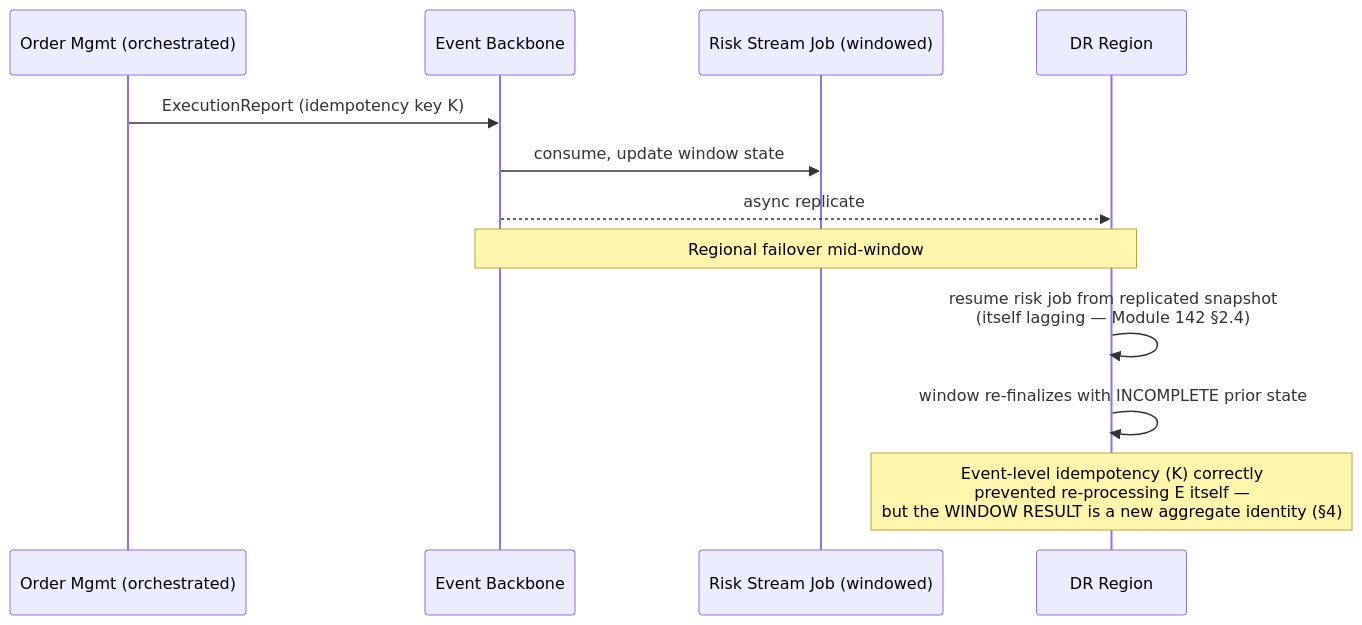
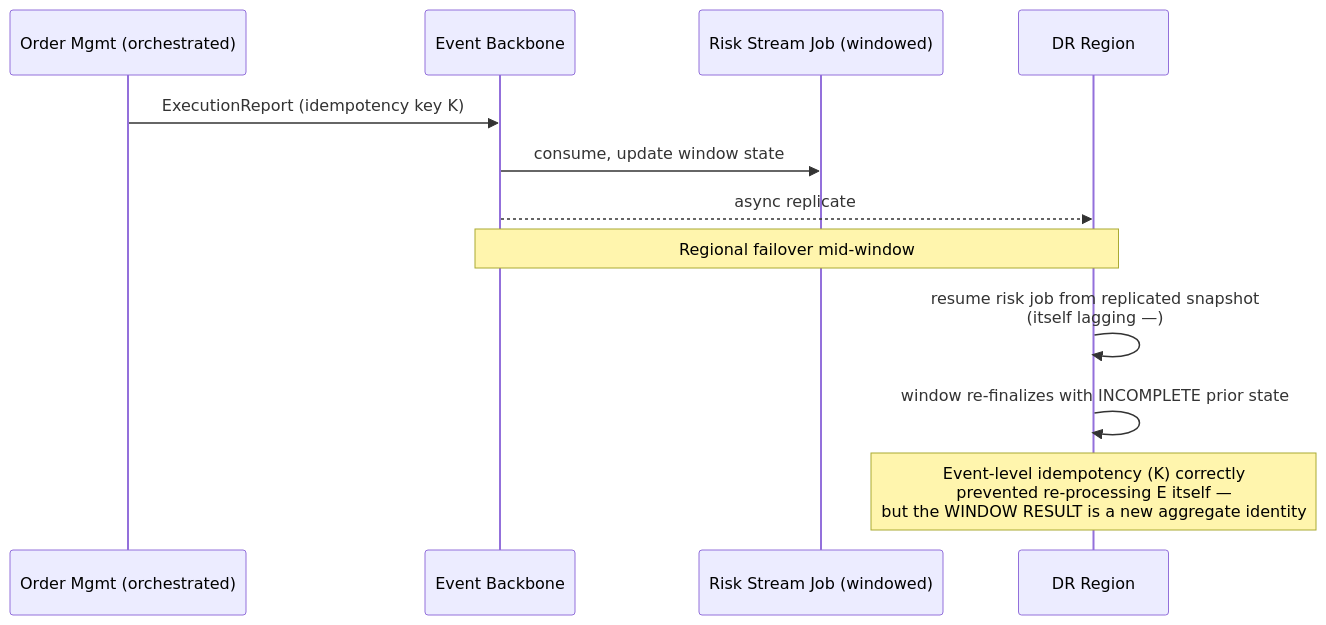
One commit to umashankarp/InterviewQuestions changed the second of 4 diagrams in 18-Event-Driven-Architecture/08-Capstone-FirmWide-Event-Backbone-OrderCapture-To-RegulatoryReporting.md. Above: the diagram before and after it, drawn with Mermaid. The commit also changed other lines of this file and 173 other files, not shown here.

````diff
--- a/18-Event-Driven-Architecture/08-Capstone-FirmWide-Event-Backbone-OrderCapture-To-RegulatoryReporting.md
+++ b/18-Event-Driven-Architecture/08-Capstone-FirmWide-Event-Backbone-OrderCapture-To-RegulatoryReporting.md
@@ -90,15 +90,15 @@
 ```mermaid
 sequenceDiagram
-    participant OMS as Order Mgmt (orchestrated)
-    participant BB as Event Backbone
-    participant Risk as Risk Stream Job (windowed)
-    participant DR as DR Region
+ participant OMS as Order Mgmt (orchestrated)
+ participant BB as Event Backbone
+ participant Risk as Risk Stream Job (windowed)
+ participant DR as DR Region
 
-    OMS->>BB: ExecutionReport (idempotency key K)
-    BB->>Risk: consume, update window state
-    BB-->>DR: async replicate
-    Note over BB,DR: Regional failover mid-window
-    DR->>DR: resume risk job from replicated snapshot<br/>(itself lagging — Module 142 §2.4)
-    DR->>DR: window re-finalizes with INCOMPLETE prior state
-    Note over DR: Event-level idempotency (K) correctly<br/>prevented re-processing E itself —<br/>but the WINDOW RESULT is a new aggregate identity (§4)
+ OMS->>BB: ExecutionReport (idempotency key K)
+ BB->>Risk: consume, update window state
+ BB-->>DR: async replicate
+ Note over BB,DR: Regional failover mid-window
+ DR->>DR: resume risk job from replicated snapshot<br/>(itself lagging —)
+ DR->>DR: window re-finalizes with INCOMPLETE prior state
+ Note over DR: Event-level idempotency (K) correctly<br/>prevented re-processing E itself —<br/>but the WINDOW RESULT is a new aggregate identity
 ```
````
